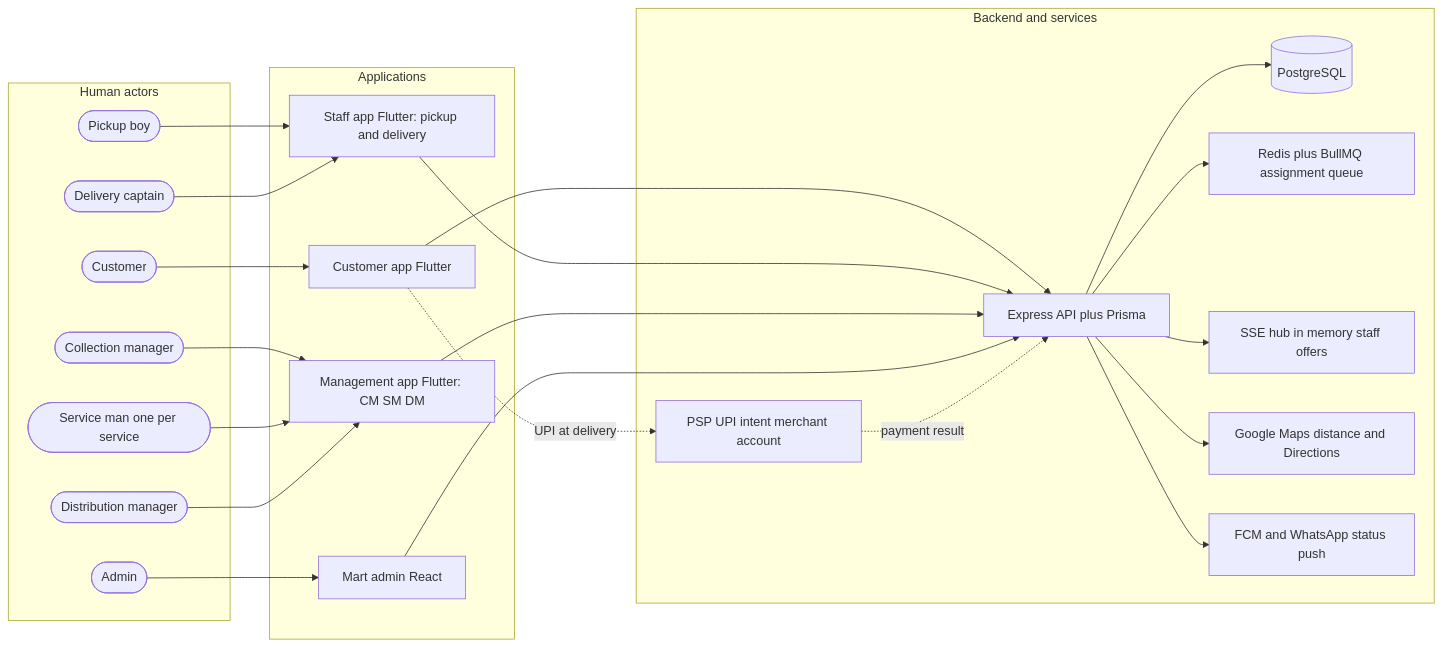
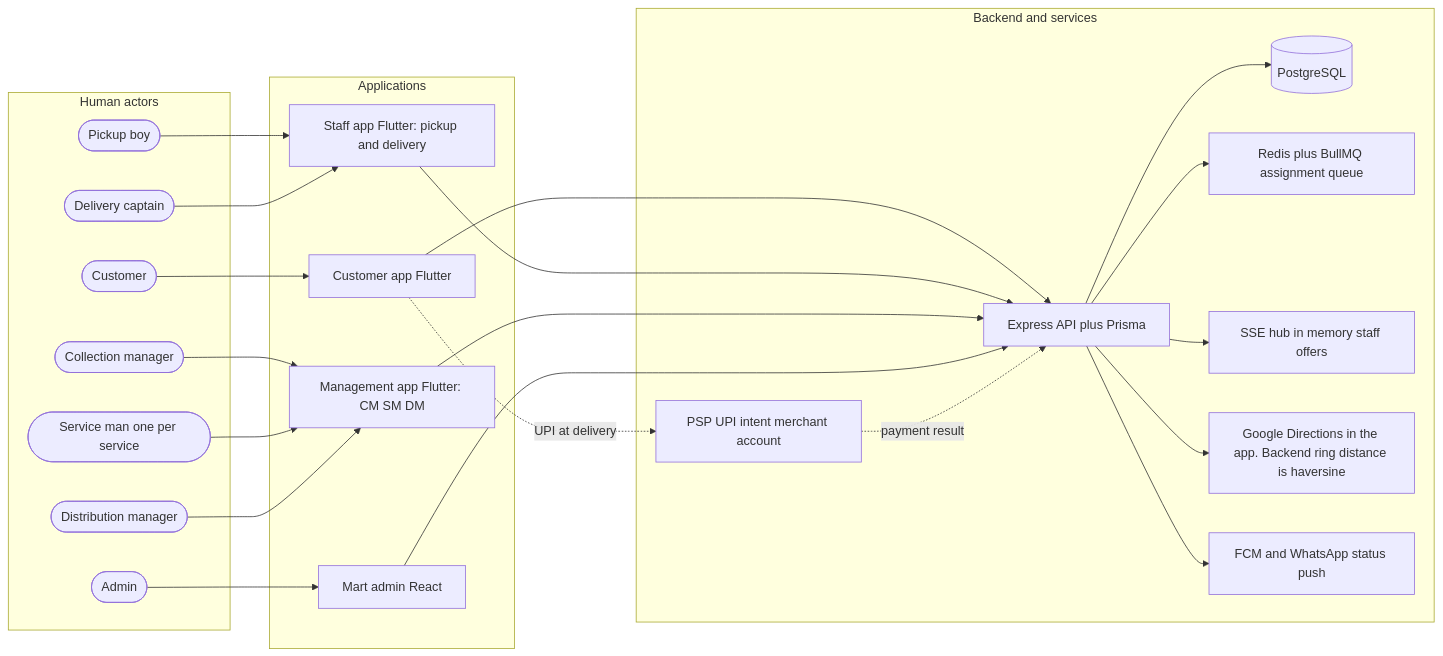
The first of 2 diagrams in docs/order-flow-v2/diagrams/01-actors-and-use-cases.md (mohitUnico/laundry), drawn with Mermaid before and after one commit. The commit also changed other lines of this file and 46 other files, not shown here.

First line of the commit message:
feat(orders): align list and details UX with order-flow v2 cards and bill states

````diff
--- a/docs/order-flow-v2/diagrams/01-actors-and-use-cases.md
+++ b/docs/order-flow-v2/diagrams/01-actors-and-use-cases.md
@@ -7,46 +7,46 @@
 ```mermaid
 flowchart LR
 subgraph apps["Applications"]
   ca["Customer app Flutter"]
   sa["Staff app Flutter: pickup and delivery"]
   ma["Management app Flutter: CM SM DM"]
   ad["Mart admin React"]
 end
 subgraph actors["Human actors"]
   cu(["Customer"])
   pb(["Pickup boy"])
   cmA(["Collection manager"])
   smA(["Service man one per service"])
   dmA(["Distribution manager"])
   cap(["Delivery captain"])
   adm(["Admin"])
 end
 subgraph sys["Backend and services"]
   api["Express API plus Prisma"]
   pg[("PostgreSQL")]
   rq["Redis plus BullMQ assignment queue"]
   sse["SSE hub in memory staff offers"]
-  gm["Google Maps distance and Directions"]
+  gm["Google Directions in the app. Backend ring distance is haversine"]
   fcm["FCM and WhatsApp status push"]
   psp["PSP UPI intent merchant account"]
 end
 cu --> ca
 pb --> sa
 cap --> sa
 cmA --> ma
 smA --> ma
 dmA --> ma
 adm --> ad
 ca --> api
 sa --> api
 ma --> api
 ad --> api
 api --> pg
 api --> rq
 api --> sse
 api --> gm
 api --> fcm
 ca -.->|"UPI at delivery"| psp
 psp -.->|"payment result"| api
 
 ```
````
